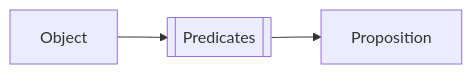
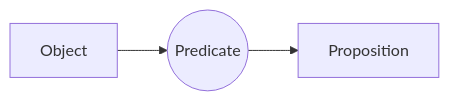
Before and after one commit to supremeimposter/My-Vault: the first of 2 diagrams in DiscreteMathematics/First-Order-Logic/Features of First Order Logic.md, drawn with Mermaid. The commit also changed other lines of this file and 4 other files, not shown here.

````diff
--- a/DiscreteMathematics/First-Order-Logic/Features of First Order Logic.md
+++ b/DiscreteMathematics/First-Order-Logic/Features of First Order Logic.md
@@ -21,4 +21,4 @@
 ```mermaid
 flowchart LR
-	A[Object] --> B[[Predicates]] --> C[Proposition]
+	A[Object] --> B((Predicate)) --> C[Proposition]
 ```
````
